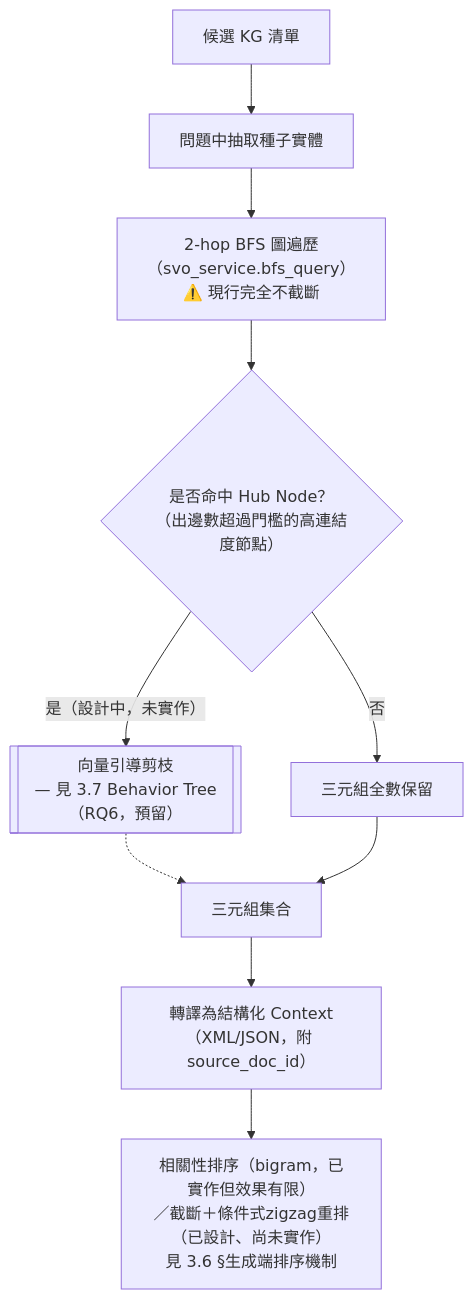
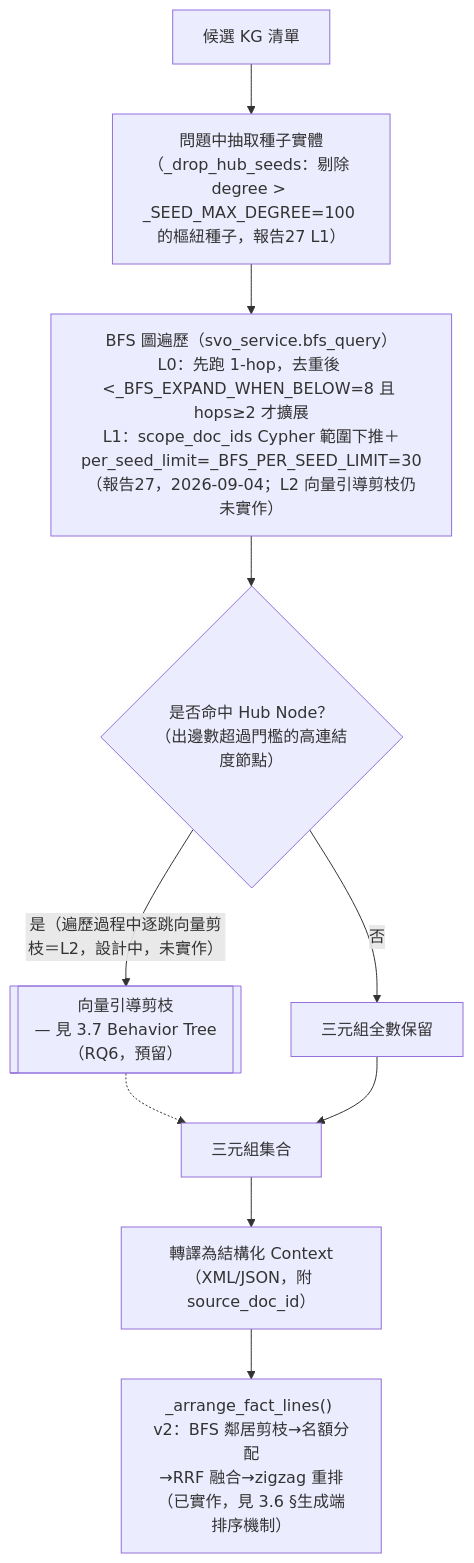
Before and after one commit to Chester930/world-knowledge-graph-rag: diagram 12 of 18 in docs/論文/03_系統設計與方法論.md, drawn with Mermaid. The commit also changed other lines of this file and 7 other files, not shown here.

````diff
--- a/docs/論文/03_系統設計與方法論.md
+++ b/docs/論文/03_系統設計與方法論.md
@@ -742,12 +746,12 @@
 ```mermaid
 flowchart TD
-    KGS["候選 KG 清單"] --> SEED["問題中抽取種子實體"]
-    SEED --> BFS2["2-hop BFS 圖遍歷<br/>（svo_service.bfs_query）<br/>⚠️ 現行完全不截斷"]
+    KGS["候選 KG 清單"] --> SEED["問題中抽取種子實體<br/>（_drop_hub_seeds：剔除 degree > _SEED_MAX_DEGREE=100 的樞紐種子，報告27 L1）"]
+    SEED --> BFS2["BFS 圖遍歷（svo_service.bfs_query）<br/>L0：先跑 1-hop，去重後 <_BFS_EXPAND_WHEN_BELOW=8 且 hops≥2 才擴展<br/>L1：scope_doc_ids Cypher 範圍下推＋per_seed_limit=_BFS_PER_SEED_LIMIT=30<br/>（報告27，2026-09-04；L2 向量引導剪枝仍未實作）"]
     BFS2 --> HUB{"是否命中 Hub Node？<br/>（出邊數超過門檻的高連結度節點）"}
-    HUB -->|"是（設計中，未實作）"| PRUNE[["向量引導剪枝<br/>— 見 3.7 Behavior Tree（RQ6，預留）"]]
+    HUB -->|"是（遍歷過程中逐跳向量剪枝＝L2，設計中，未實作）"| PRUNE[["向量引導剪枝<br/>— 見 3.7 Behavior Tree（RQ6，預留）"]]
     HUB -->|否| PASS["三元組全數保留"]
     PRUNE -.-> TRIPLES["三元組集合"]
     PASS --> TRIPLES
     TRIPLES --> CTX["轉譯為結構化 Context<br/>（XML/JSON，附 source_doc_id）"]
-    CTX --> SORT["相關性排序（bigram，已實作但效果有限）<br/>／截斷＋條件式zigzag重排（已設計、尚未實作）<br/>見 3.6 §生成端排序機制"]
+    CTX --> SORT["_arrange_fact_lines() v2：BFS 鄰居剪枝→名額分配<br/>→RRF 融合→zigzag 重排（已實作，見 3.6 §生成端排序機制）"]
 ```
````
